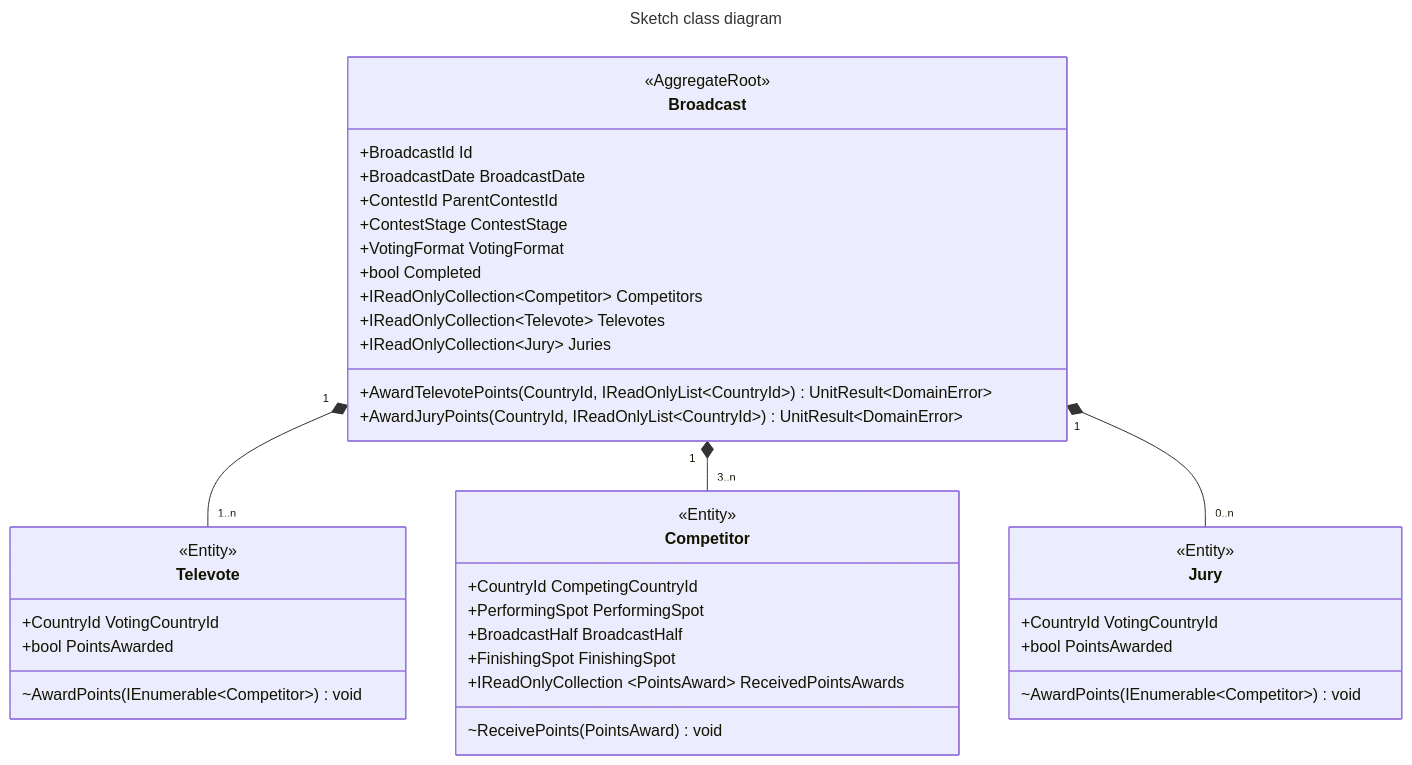
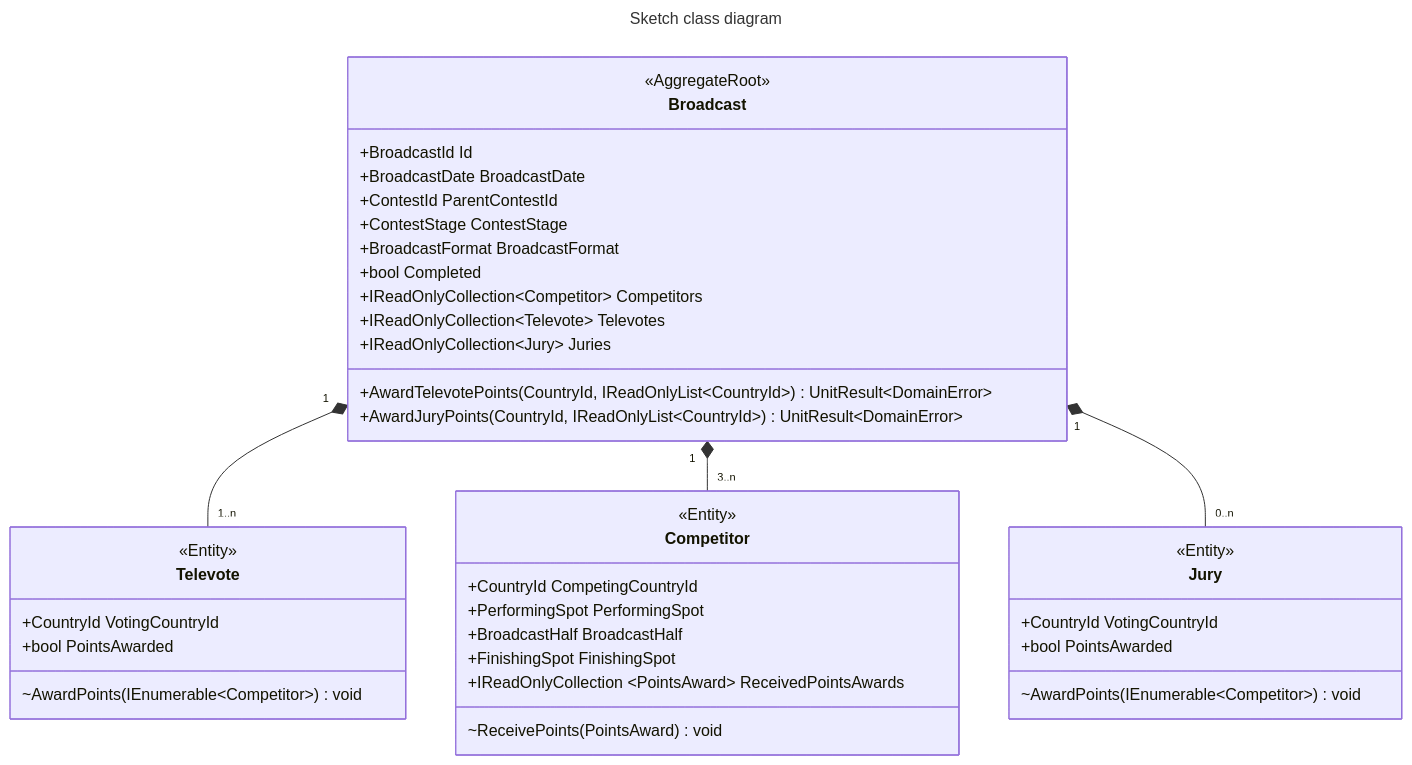
The third of 3 diagrams in docs/launch_spec/03_domain_model.md (MattSortsThings/eurocentric), drawn with Mermaid before and after one commit. The commit also changed other lines of this file and 10 other files, not shown here.

First line of the commit message:
docs: rename VotingFormat to BroadcastFormat

````diff
--- a/docs/launch_spec/03_domain_model.md
+++ b/docs/launch_spec/03_domain_model.md
@@ -335,48 +335,48 @@
 ```mermaid
 ---
 title: Sketch class diagram
 ---
 classDiagram
   class Broadcast {
     <<AggregateRoot>>
     +BroadcastId Id
     +BroadcastDate BroadcastDate
     +ContestId ParentContestId
     +ContestStage ContestStage
-    +VotingFormat VotingFormat
+    +BroadcastFormat BroadcastFormat
     +bool Completed
     +IReadOnlyCollection~Competitor~ Competitors
     +IReadOnlyCollection~Televote~ Televotes
     +IReadOnlyCollection~Jury~ Juries
     +AwardTelevotePoints(CountryId, IReadOnlyList~CountryId~) UnitResult~DomainError~
     +AwardJuryPoints(CountryId, IReadOnlyList~CountryId~) UnitResult~DomainError~
   }
 
   class Televote {
     <<Entity>>
     +CountryId VotingCountryId
     +bool PointsAwarded
     ~AwardPoints(IEnumerable~Competitor~) void
   }
 
   class Competitor {
     <<Entity>>
     +CountryId CompetingCountryId
     +PerformingSpot PerformingSpot
     +BroadcastHalf BroadcastHalf
     +FinishingSpot FinishingSpot
     +IReadOnlyCollection ~PointsAward~ ReceivedPointsAwards
     ~ReceivePoints(PointsAward) void
   }
 
   class Jury {
     <<Entity>>
     +CountryId VotingCountryId
     +bool PointsAwarded
     ~AwardPoints(IEnumerable~Competitor~) void
   }
 
   Broadcast "1" *-- "1..n" Televote
   Broadcast "1" *-- "3..n" Competitor
   Broadcast "1" *-- "0..n" Jury
 ```
````
